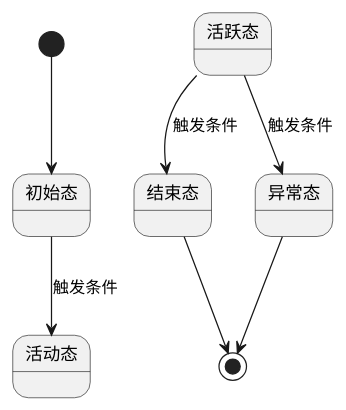
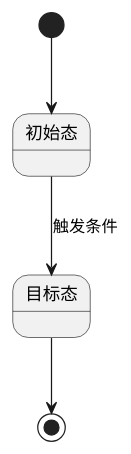
The second of 2 diagrams in skills/06-fwd-logic-flow-design/templates/implementation_design_template.md (YickelFuboo/AI-Worker-Project), drawn with PlantUML before and after one commit. The commit also changed other lines of this file and 33 other files, not shown here.

````diff
--- a/skills/06-fwd-logic-flow-design/templates/implementation_design_template.md
+++ b/skills/06-fwd-logic-flow-design/templates/implementation_design_template.md
@@ -39,10 +37,7 @@
 ```plantuml
 @startuml
 [*] --> 初始态
-初始态 --> 活动态: 触发条件
-活跃态 --> 结束态: 触发条件
-活跃态 --> 异常态: 触发条件
-异常态 --> [*]
-结束态 --> [*]
+初始态 --> 目标态: 触发条件
+目标态 --> [*]
 @enduml
 ```
````
